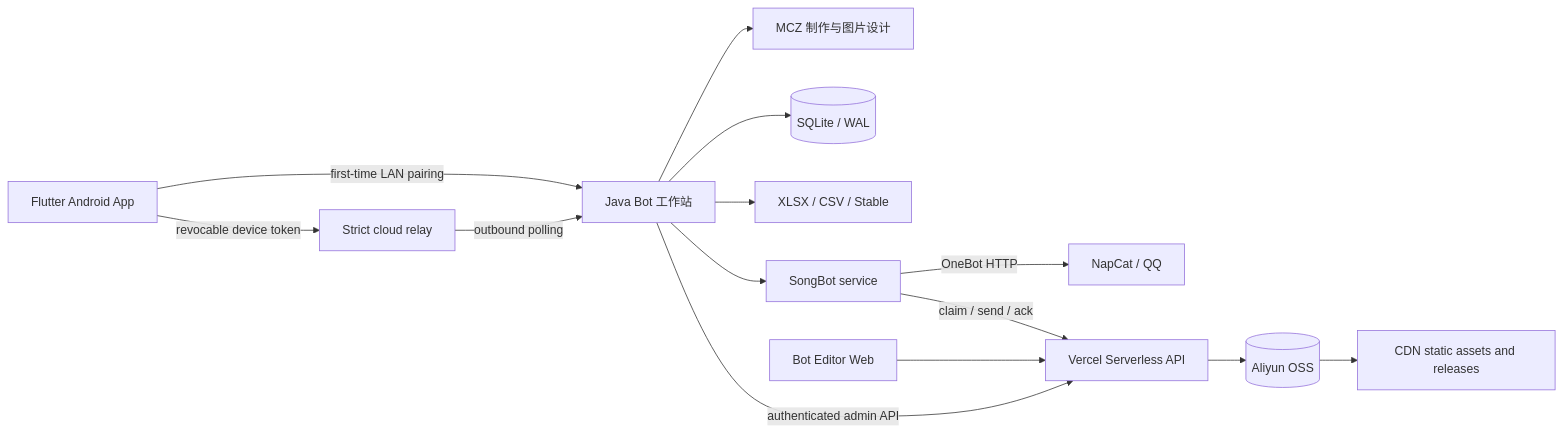
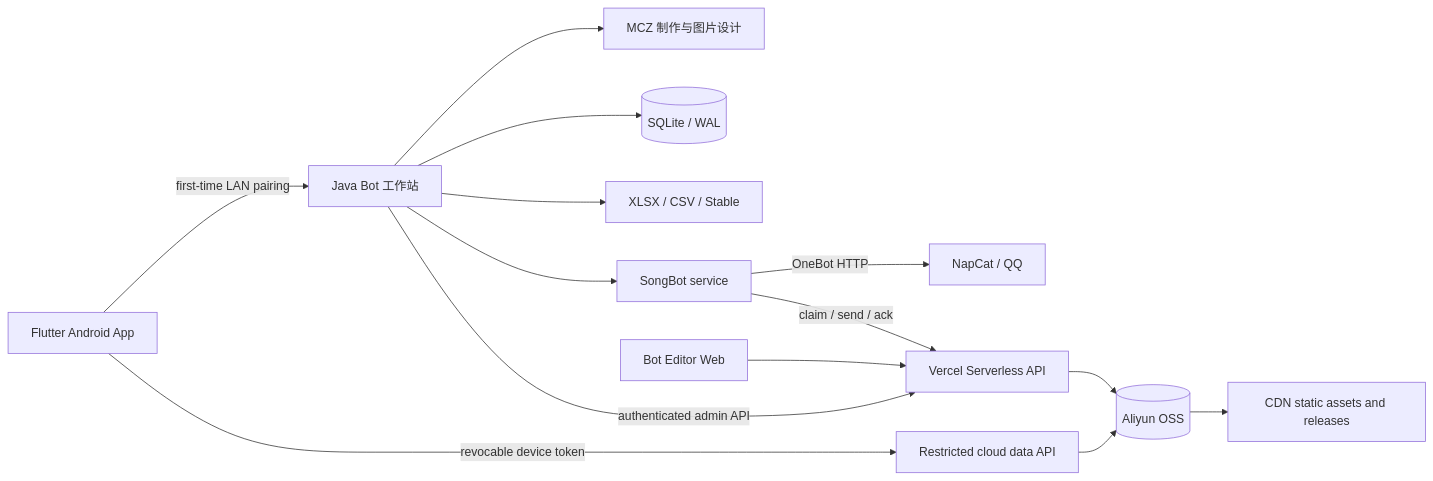
Before and after one commit to Liccha/Bot-Workstation: the diagram in README.md, drawn with Mermaid. The commit also changed other lines of this file and 22 other files, not shown here.

Commit message:
Make mobile management cloud independent

````diff
--- a/README.md
+++ b/README.md
@@ -19,16 +19,16 @@
 ```mermaid
 flowchart LR
     Mobile[Flutter Android App] -->|first-time LAN pairing| Workstation[Java Bot 工作站]
-    Mobile -->|revocable device token| Relay[Strict cloud relay]
-    Relay -->|outbound polling| Workstation
+    Mobile -->|revocable device token| MobileAPI[Restricted cloud data API]
+    MobileAPI --> OSS
     Workstation --> MCZ[MCZ 制作与图片设计]
     Workstation --> SQLite[(SQLite / WAL)]
     Workstation --> Stable[XLSX / CSV / Stable]
     Workstation --> SongBot[SongBot service]
     SongBot -->|OneBot HTTP| NapCat[NapCat / QQ]
     Web[Bot Editor Web] --> API[Vercel Serverless API]
     Workstation -->|authenticated admin API| API
     SongBot -->|claim / send / ack| API
     API --> OSS[(Aliyun OSS)]
     OSS --> CDN[CDN static assets and releases]
 ```
````
